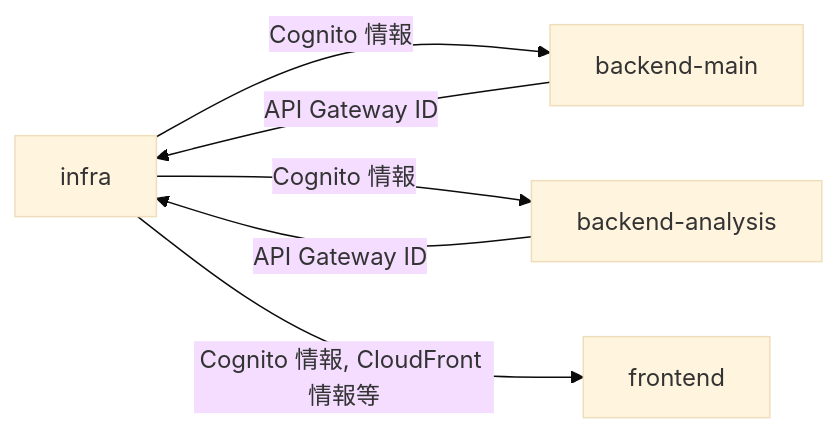
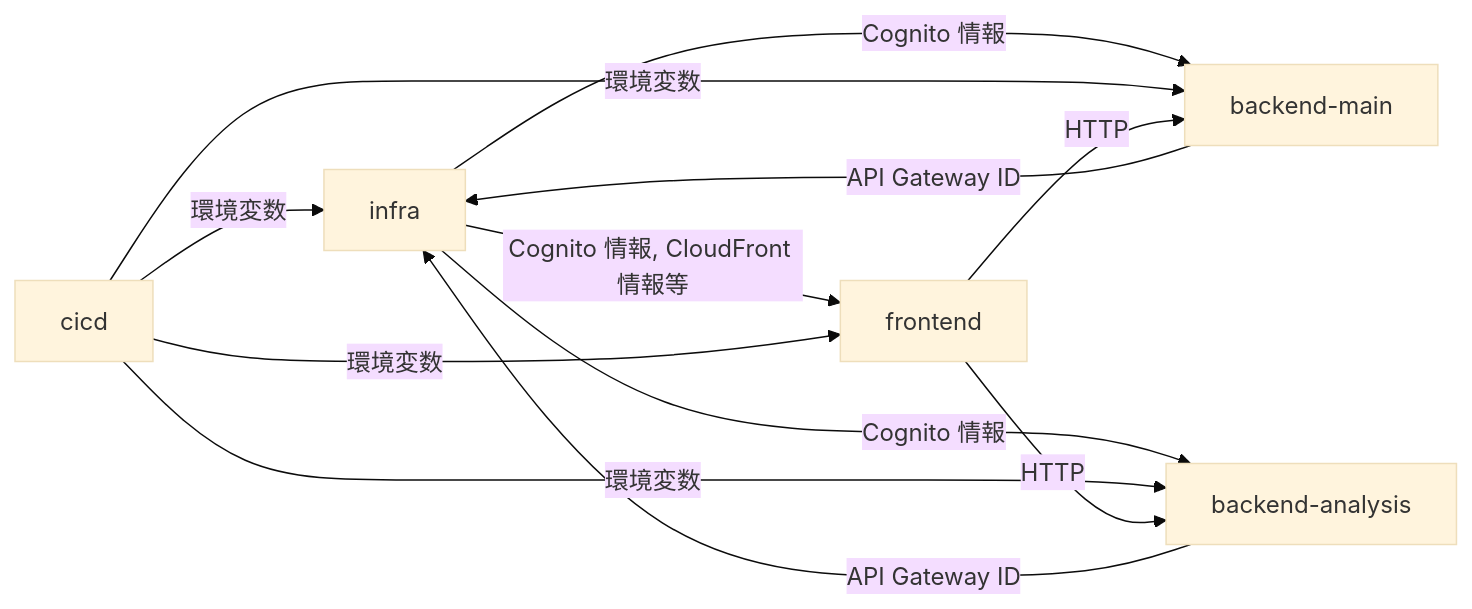
Before and after one commit to h-akira/ShogiProject2: the first of 2 diagrams in docs/units_contracts.md, drawn with Mermaid (base theme). The commit also changed other lines of this file and 2 other files, not shown here.

````diff
--- a/docs/units_contracts.md
+++ b/docs/units_contracts.md
@@ -57,8 +59,14 @@
 ```mermaid
 graph LR
   infra -->|Cognito 情報| backend-main
   infra -->|Cognito 情報| backend-analysis
   infra -->|Cognito 情報, CloudFront 情報等| frontend
   backend-main -->|API Gateway ID| infra
   backend-analysis -->|API Gateway ID| infra
+  cicd -->|環境変数| infra
+  cicd -->|環境変数| frontend
+  cicd -->|環境変数| backend-main
+  cicd -->|環境変数| backend-analysis
+  frontend -->|HTTP| backend-main
+  frontend -->|HTTP| backend-analysis
 ```
````
